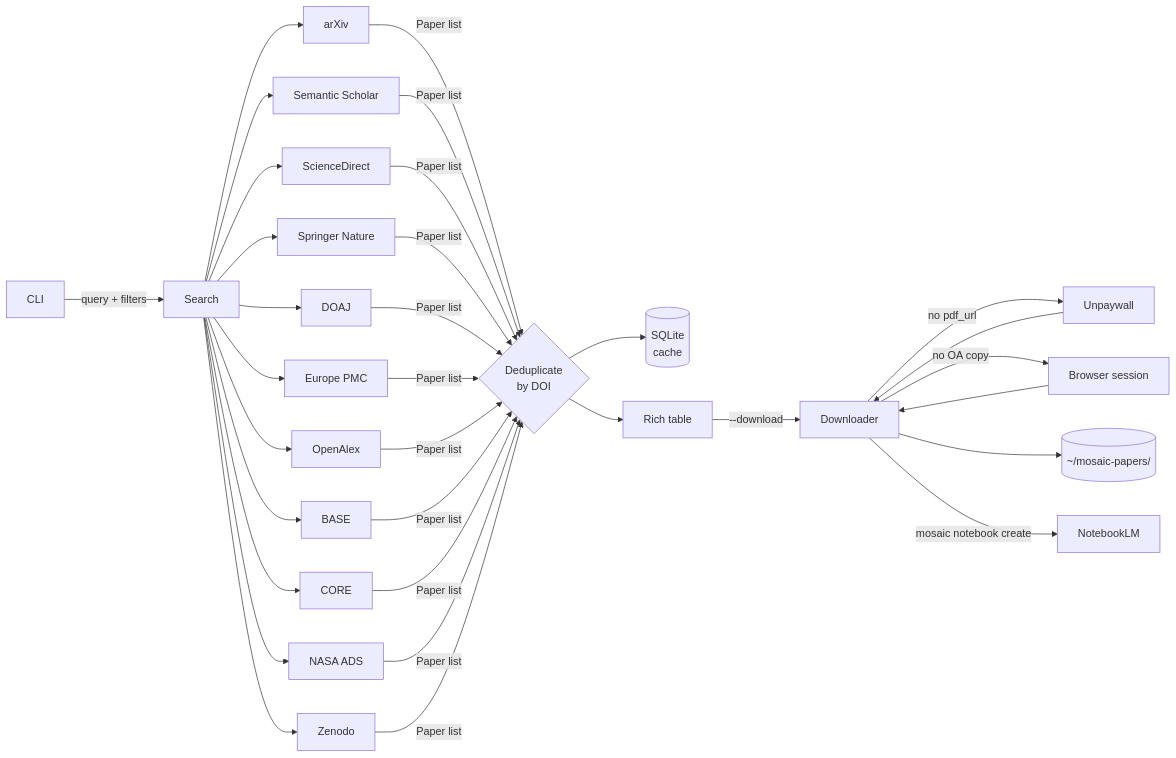
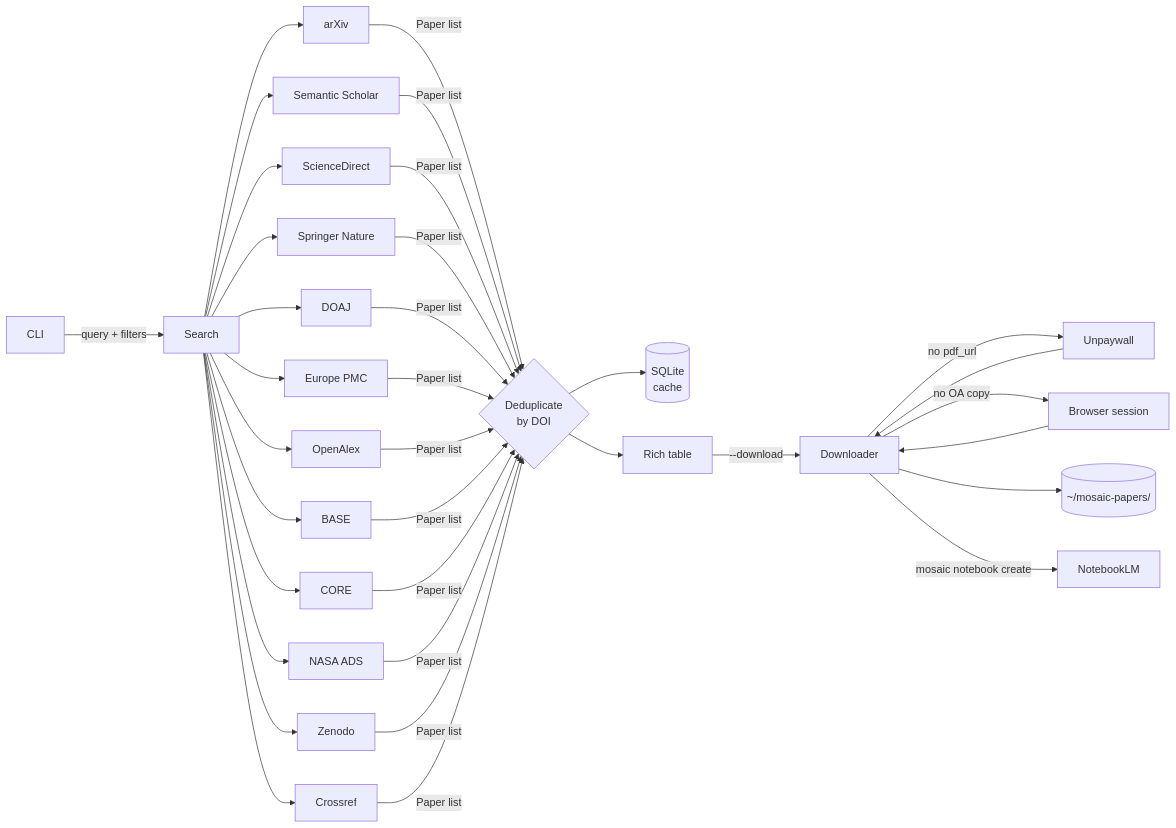
One commit to szaghi/mosaic changed the diagram in README.md. Above: the diagram before and after it, drawn with Mermaid. The commit also changed other lines of this file and 12 other files, not shown here.

````diff
--- a/README.md
+++ b/README.md
@@ -232,15 +233,15 @@
 ```mermaid
 flowchart LR
     CLI -->|query + filters| Search
-    Search --> arXiv & SS[Semantic Scholar] & SD[ScienceDirect] & SP[Springer Nature] & DOAJ & EPMC[Europe PMC] & OA[OpenAlex] & BASE & CORE & ADS[NASA ADS] & ZEN[Zenodo]
-    arXiv & SS & SD & SP & DOAJ & EPMC & OA & BASE & CORE & ADS & ZEN -->|Paper list| Dedup{Deduplicate\nby DOI}
+    Search --> arXiv & SS[Semantic Scholar] & SD[ScienceDirect] & SP[Springer Nature] & DOAJ & EPMC[Europe PMC] & OA[OpenAlex] & BASE & CORE & ADS[NASA ADS] & ZEN[Zenodo] & CR[Crossref]
+    arXiv & SS & SD & SP & DOAJ & EPMC & OA & BASE & CORE & ADS & ZEN & CR -->|Paper list| Dedup{Deduplicate\nby DOI}
     Dedup --> Cache[(SQLite\ncache)]
     Dedup --> Table[Rich table]
     Table -->|--download| DL[Downloader]
     DL -->|no pdf_url| UPW[Unpaywall]
     UPW --> DL
     DL -->|no OA copy| AUTH[Browser session]
     AUTH --> DL
     DL --> Disk[(~/mosaic-papers/)]
     DL -->|mosaic notebook create| NLM[NotebookLM]
 ```
````
